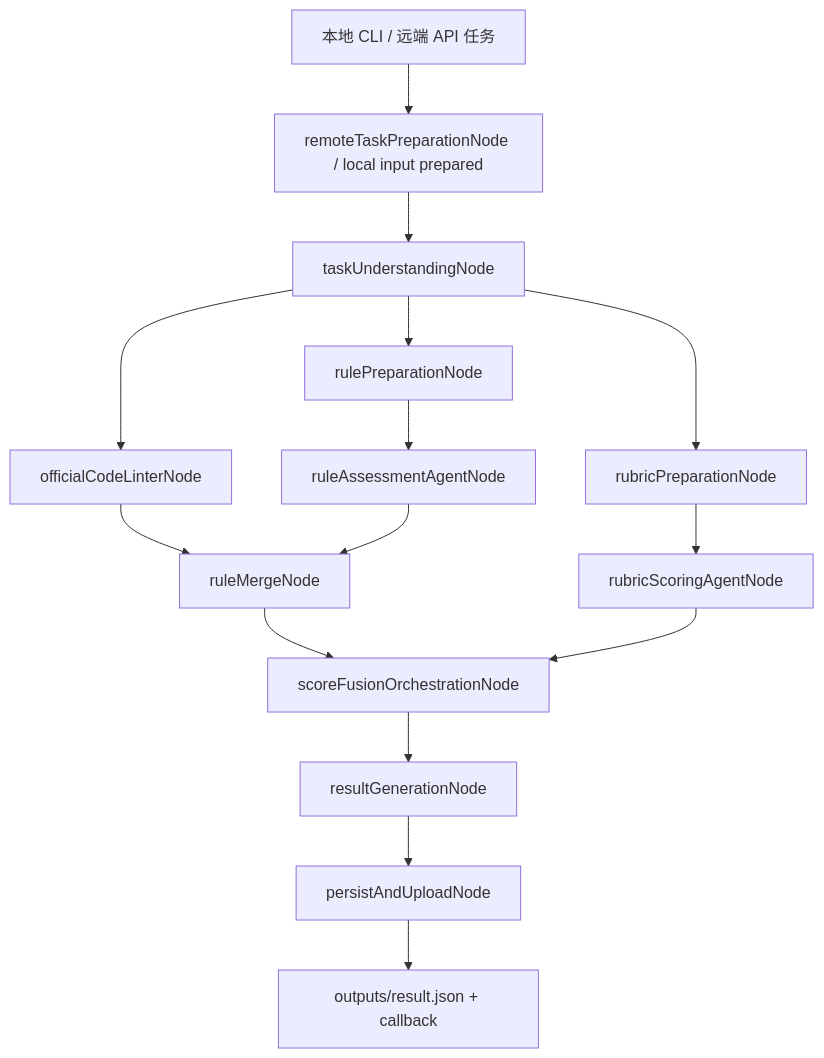
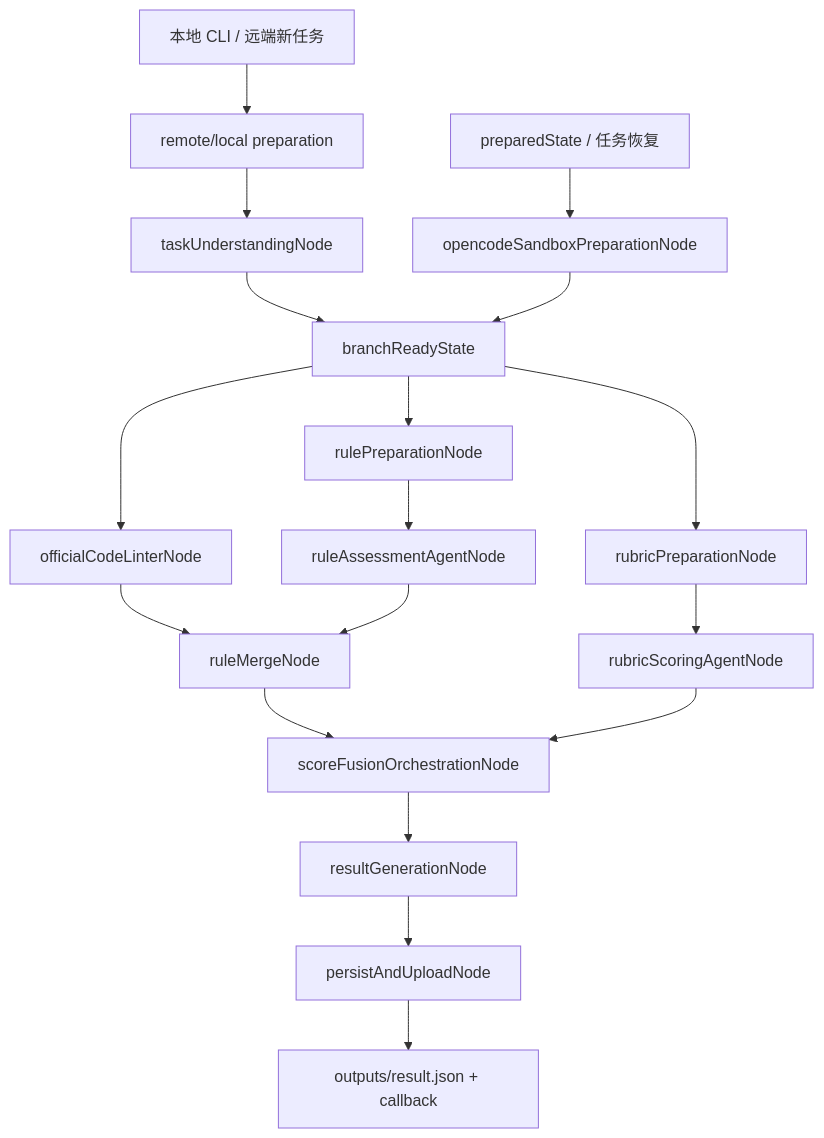
Before and after one commit to yaoooge/hmos-score-agent: the second of 2 diagrams in docs/superpowers/specs/2026-06-09-langgraph-node-refactor-design.md, drawn with Mermaid. The commit also changed other lines of this file and 59 other files, not shown here.

````diff
--- a/docs/superpowers/specs/2026-06-09-langgraph-node-refactor-design.md
+++ b/docs/superpowers/specs/2026-06-09-langgraph-node-refactor-design.md
@@ -60,22 +60,27 @@
 ```mermaid
 flowchart TD
-  A[本地 CLI / 远端 API 任务] --> B[remoteTaskPreparationNode / local input prepared]
+  A[本地 CLI / 远端新任务] --> B[remote/local preparation]
   B --> C[taskUnderstandingNode]
 
-  C --> D[officialCodeLinterNode]
-  C --> E[rulePreparationNode]
-  C --> F[rubricPreparationNode]
+  P[preparedState / 任务恢复] --> Q[opencodeSandboxPreparationNode]
 
-  E --> G[ruleAssessmentAgentNode]
-  F --> H[rubricScoringAgentNode]
+  C --> R[branchReadyState]
+  Q --> R
 
-  D --> I[ruleMergeNode]
-  G --> I
+  R --> L[officialCodeLinterNode]
+  R --> M[rulePreparationNode]
+  R --> N[rubricPreparationNode]
 
-  I --> J[scoreFusionOrchestrationNode]
-  H --> J
+  M --> O[ruleAssessmentAgentNode]
+  N --> S[rubricScoringAgentNode]
 
-  J --> K[resultGenerationNode]
-  K --> L[persistAndUploadNode]
-  L --> M[outputs/result.json + callback]
+  L --> T[ruleMergeNode]
+  O --> T
+
+  T --> U[scoreFusionOrchestrationNode]
+  S --> U
+
+  U --> V[resultGenerationNode]
+  V --> W[persistAndUploadNode]
+  W --> X[outputs/result.json + callback]
 ```
````
